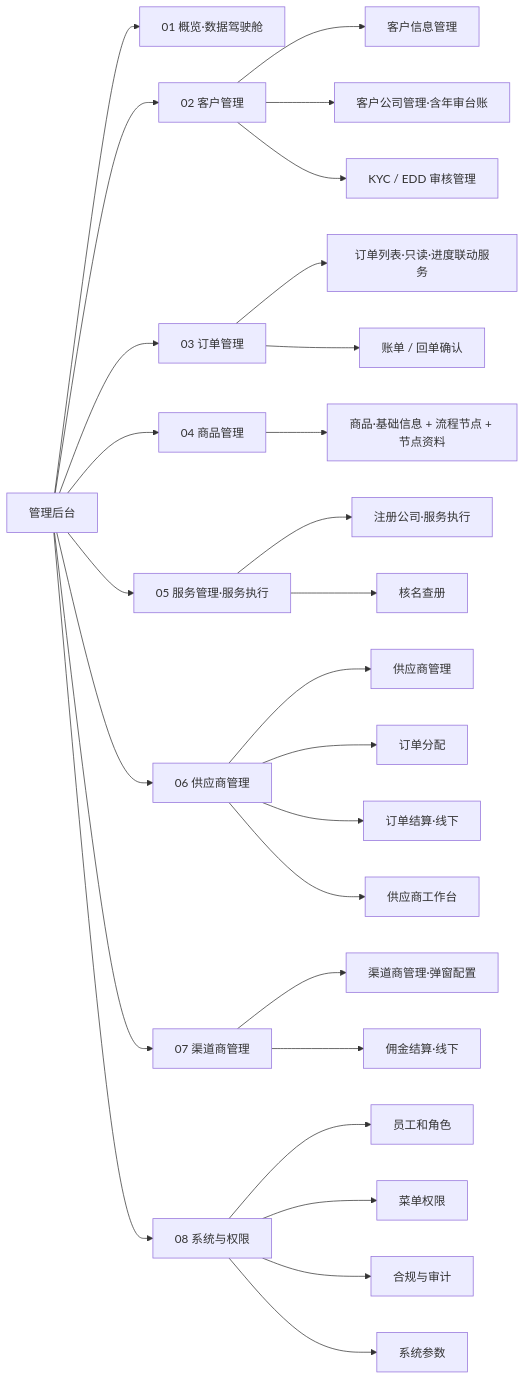
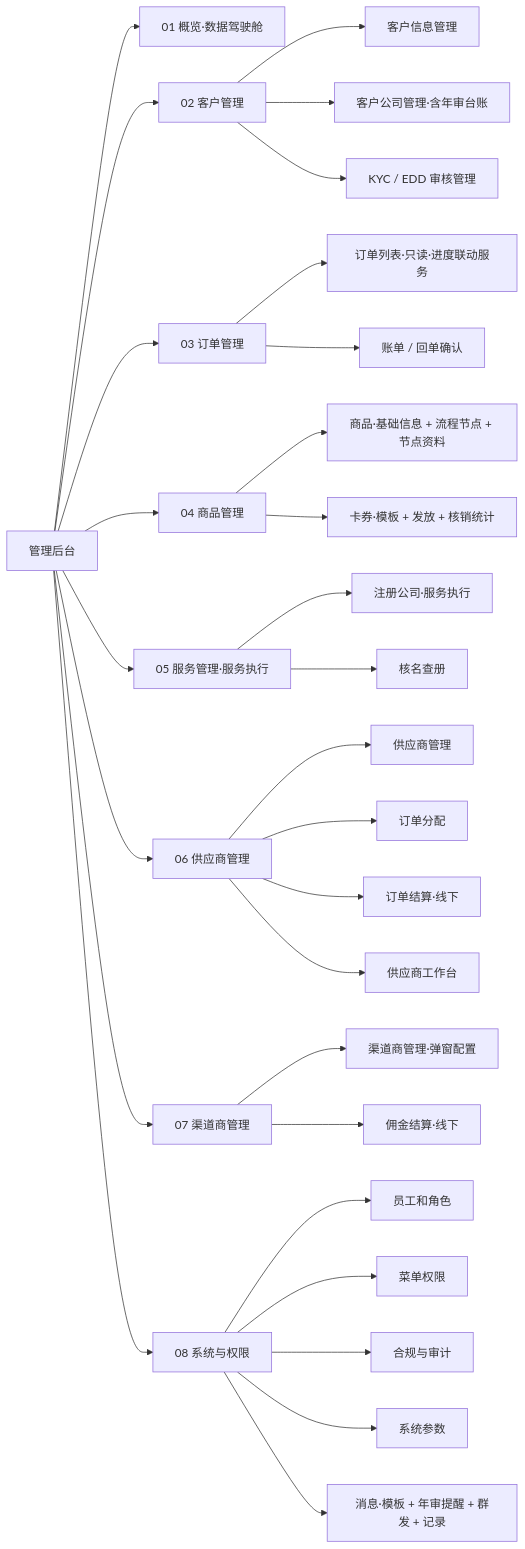
The first of 2 diagrams in docs/PRD_Leapexbiz管理后台_v1.0.md (xiahan3/leapex_Leapexbiz), drawn with Mermaid before and after one commit. The commit also changed other lines of this file and 1 other file, not shown here.

````diff
--- a/docs/PRD_Leapexbiz管理后台_v1.0.md
+++ b/docs/PRD_Leapexbiz管理后台_v1.0.md
@@ -54,29 +57,31 @@
 ```mermaid
 graph LR
   A[管理后台] --> M1[01 概览·数据驾驶舱]
   A --> M2[02 客户管理]
   A --> M3[03 订单管理]
   A --> M4[04 商品管理]
   A --> M5[05 服务管理·服务执行]
   A --> M6[06 供应商管理]
   A --> M7[07 渠道商管理]
   A --> M8[08 系统与权限]
   M2 --> M2a[客户信息管理]
   M2 --> M2b[客户公司管理·含年审台账]
   M2 --> M2c[KYC / EDD 审核管理]
   M3 --> M3a[订单列表·只读·进度联动服务]
   M3 --> M3b[账单 / 回单确认]
   M4 --> M4a[商品·基础信息 + 流程节点 + 节点资料]
+  M4 --> M4b[卡券·模板 + 发放 + 核销统计]
   M5 --> M5x[注册公司·服务执行]
   M5 --> M5y[核名查册]
   M6 --> M6a[供应商管理]
   M6 --> M6b[订单分配]
   M6 --> M6c[订单结算·线下]
   M6 --> M6d[供应商工作台]
   M7 --> M7a[渠道商管理·弹窗配置]
   M7 --> M7b[佣金结算·线下]
   M8 --> M8a[员工和角色]
   M8 --> M8b[菜单权限]
   M8 --> M8c[合规与审计]
   M8 --> M8d[系统参数]
+  M8 --> M8e[消息·模板 + 年审提醒 + 群发 + 记录]
 ```
````
